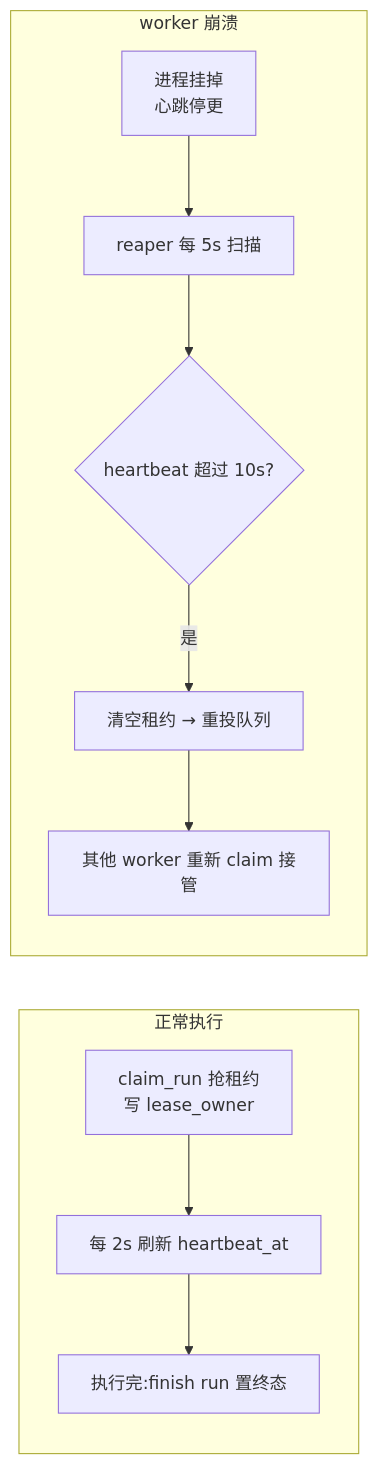
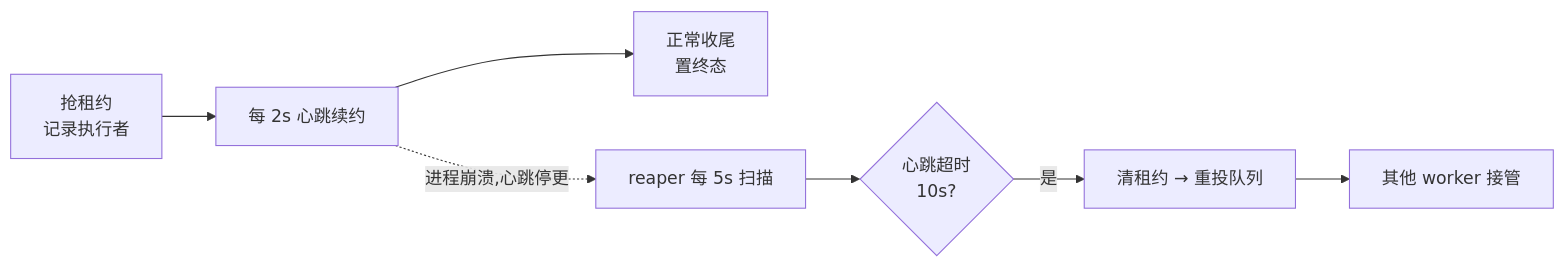
Before and after one commit to angshihan777-droid/Ragent: the third of 4 diagrams in README.md, drawn with Mermaid. The commit also changed other lines of this file, not shown here.

Commit message:
docs: 精简 README,面向外部读者,仅保留亮点部分的横向流程图

````diff
--- a/README.md
+++ b/README.md
@@ -126,13 +74,9 @@
 ```mermaid
 flowchart LR
-    subgraph 正常["正常执行"]
-        C1[claim_run 抢租约<br/>写 lease_owner] --> HB[每 2s 刷新 heartbeat_at]
-        HB --> F[执行完:finish run 置终态]
-    end
-    subgraph 崩溃["worker 崩溃"]
-        X[进程挂掉<br/>心跳停更] --> RP[reaper 每 5s 扫描]
-        RP --> E{heartbeat 超过 10s?}
-        E -- 是 --> CL[清空租约 → 重投队列]
-        CL --> C2[其他 worker 重新 claim 接管]
-    end
+    C1["抢租约<br/>记录执行者"] --> HB["每 2s 心跳续约"]
+    HB --> OK["正常收尾<br/>置终态"]
+    HB -. "进程崩溃,心跳停更" .-> RP["reaper 每 5s 扫描"]
+    RP --> E{"心跳超时<br/>10s?"}
+    E -- "是" --> CL["清租约 → 重投队列"]
+    CL --> C2["其他 worker 接管"]
 ```
````
